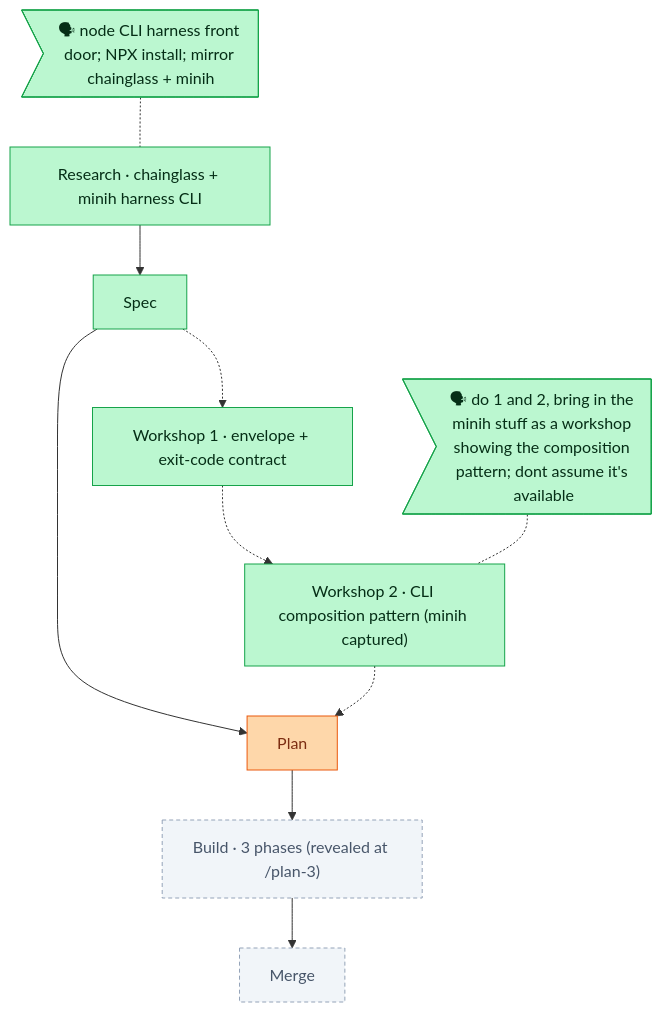
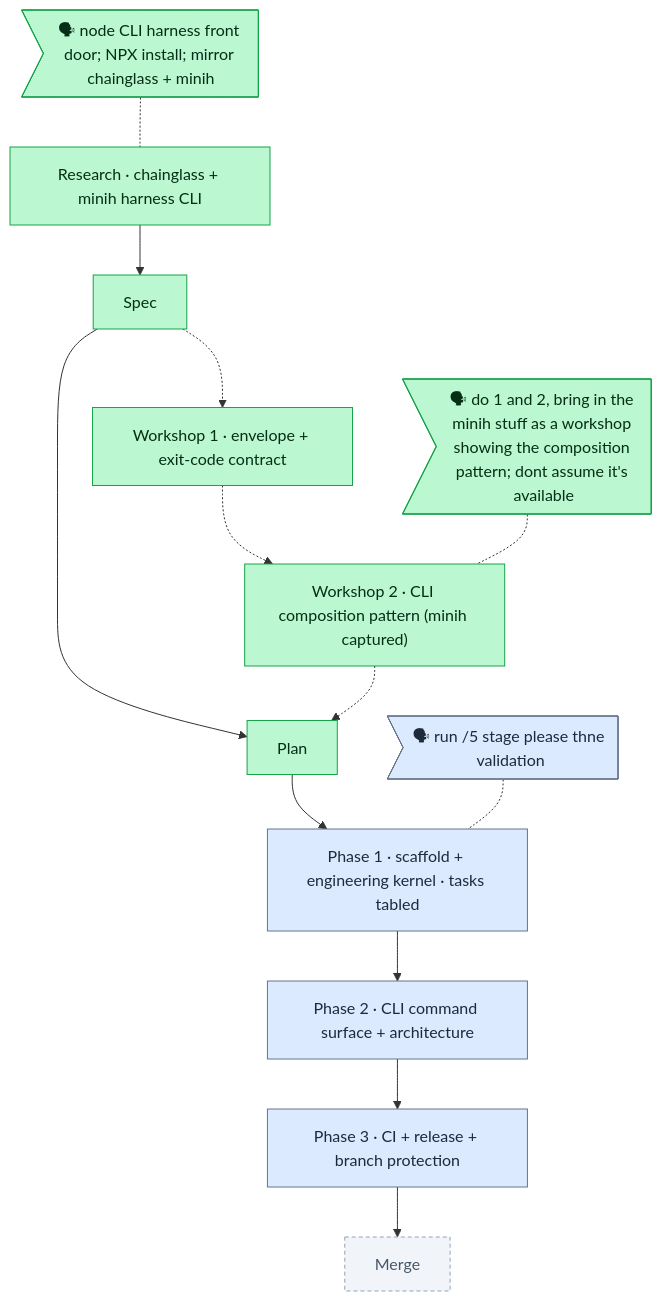
One commit to AI-Substrate/harness-engineering changed the diagram in docs/plans/004-harness-core/the-flow.md. Above: the diagram before and after it, drawn with Mermaid. The commit also changed other lines of this file and 13 other files, not shown here.

First line of the commit message:
docs: phase 1 tasks dossier + validation; install code-review companion

````diff
--- a/docs/plans/004-harness-core/the-flow.md
+++ b/docs/plans/004-harness-core/the-flow.md
@@ -5,25 +5,29 @@
 ```mermaid
 flowchart TD
   classDef done fill:#bbf7d0,stroke:#16a34a,color:#052e16;
   classDef wip fill:#fed7aa,stroke:#ea580c,color:#7c2d12;
   classDef blocked fill:#fecaca,stroke:#dc2626,color:#7f1d1d;
   classDef known fill:#dbeafe,stroke:#64748b,color:#1e293b;
   classDef assumed fill:#f1f5f9,stroke:#94a3b8,color:#475569,stroke-dasharray:4 3;
 
   research["Research · chainglass + minih harness CLI"]:::done
   spec["Spec"]:::done
-  plan["Plan"]:::wip
-  build["Build · 3 phases (revealed at /plan-3)"]:::assumed
+  plan["Plan"]:::done
+  p1["Phase 1 · scaffold + engineering kernel · tasks tabled"]:::known
+  p2["Phase 2 · CLI command surface + architecture"]:::known
+  p3["Phase 3 · CI + release + branch protection"]:::known
   merge["Merge"]:::assumed
 
-  research --> spec --> plan --> build --> merge
+  research --> spec --> plan --> p1 --> p2 --> p3 --> merge
 
   ws1["Workshop 1 · envelope + exit-code contract"]:::done
   ws2["Workshop 2 · CLI composition pattern (minih captured)"]:::done
   spec -.-> ws1 -.-> ws2 -.-> plan
 
   said_research>"🗣 node CLI harness front door; NPX install; mirror chainglass + minih"]:::done
   said_research -.- research
   said_ws>"🗣 do 1 and 2, bring in the minih stuff as a workshop showing the composition pattern; dont assume it's available"]:::done
   said_ws -.- ws2
+  said_p1>"🗣 run /5 stage please thne validation"]:::known
+  said_p1 -.- p1
 ```
````
